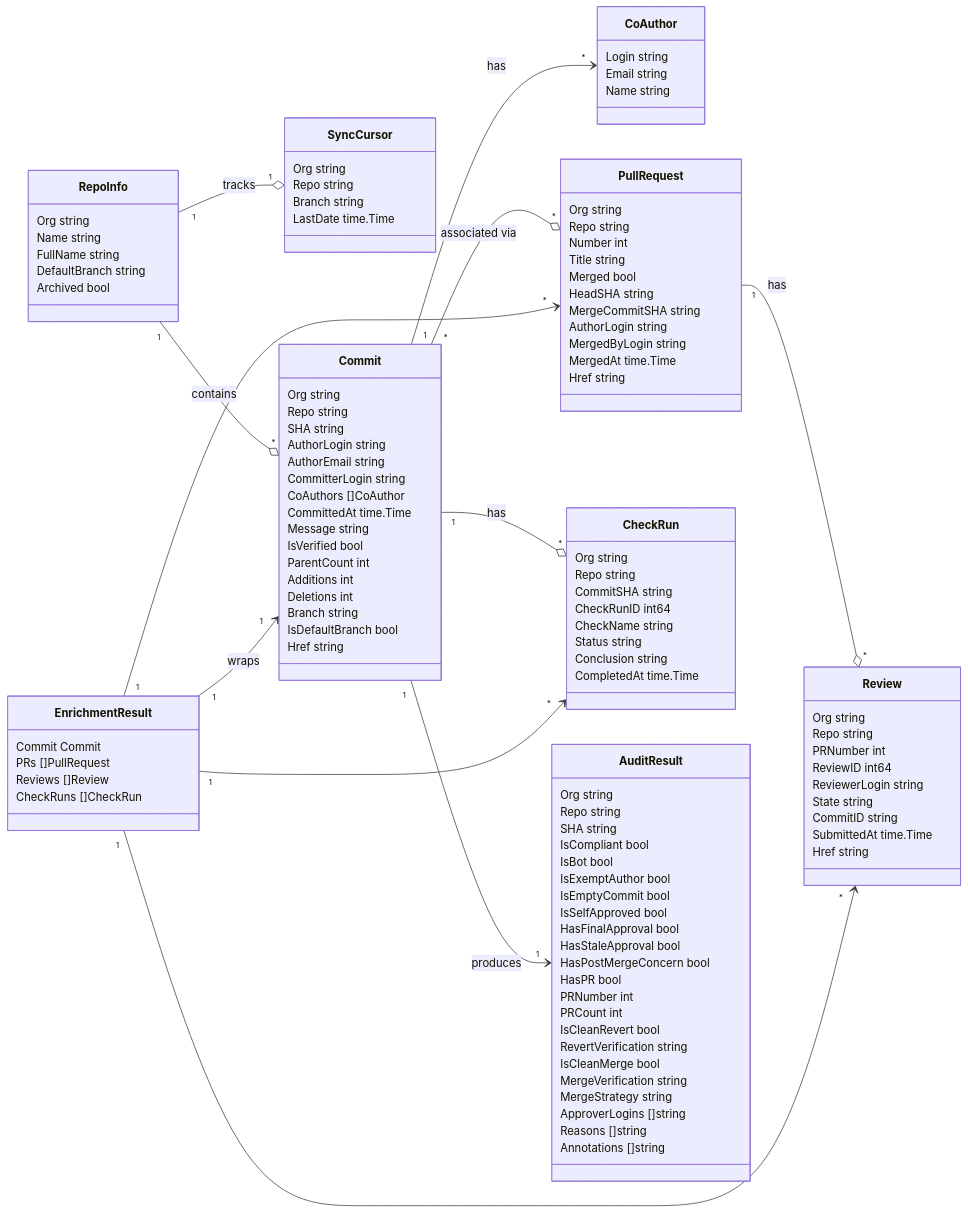
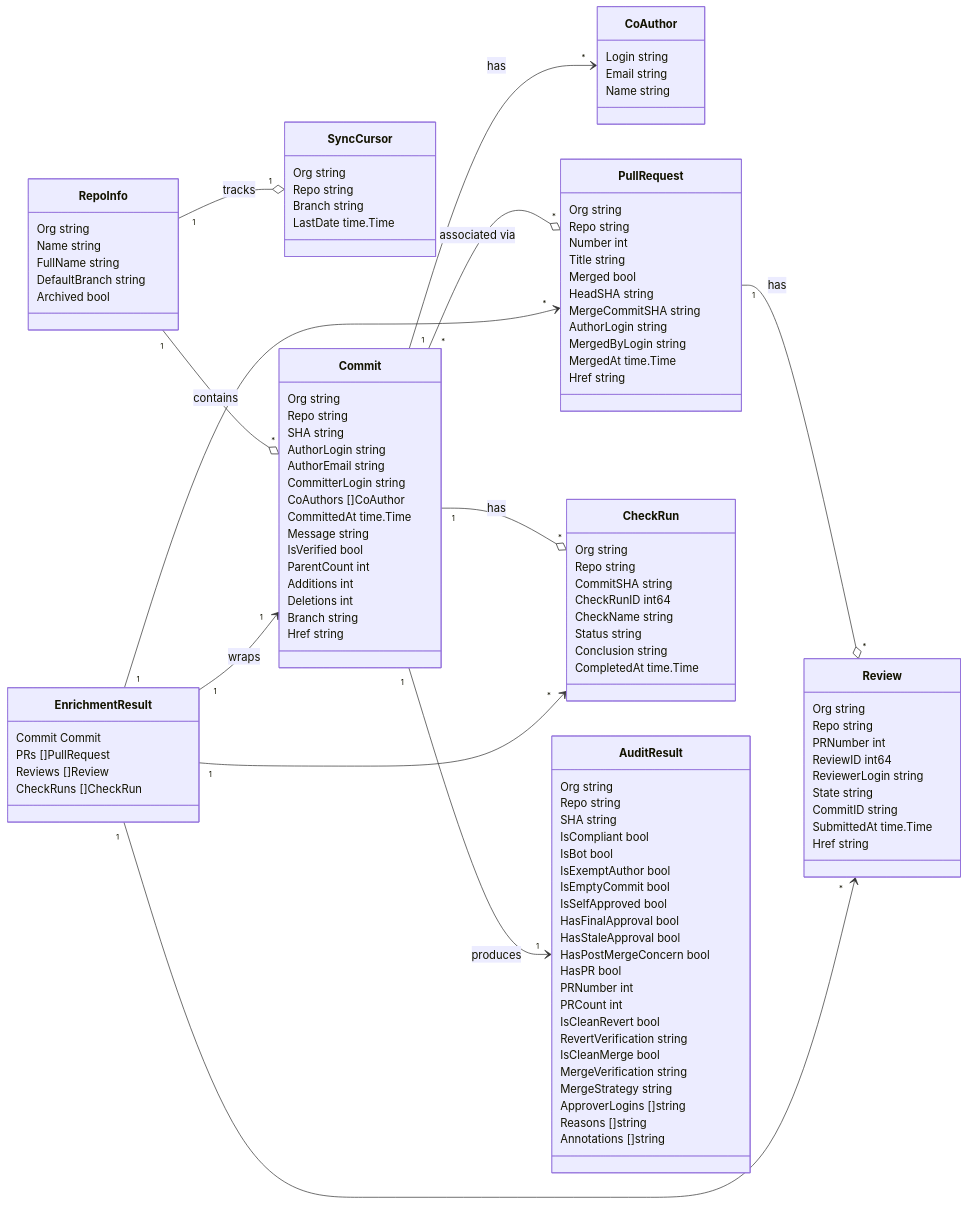
Before and after one commit to stefanpenner/gh-audit: the diagram in internal/model/README.md, drawn with Mermaid. The commit also changed 3 other files, not shown here.

First line of the commit message:
cleanup: remove dead IsDefaultBranch field; fix stale Architecture.md revert doc

```diff
--- a/internal/model/README.md
+++ b/internal/model/README.md
@@ -44,7 +44,6 @@
         Additions int
         Deletions int
         Branch string
-        IsDefaultBranch bool
         Href string
     }
 
```
